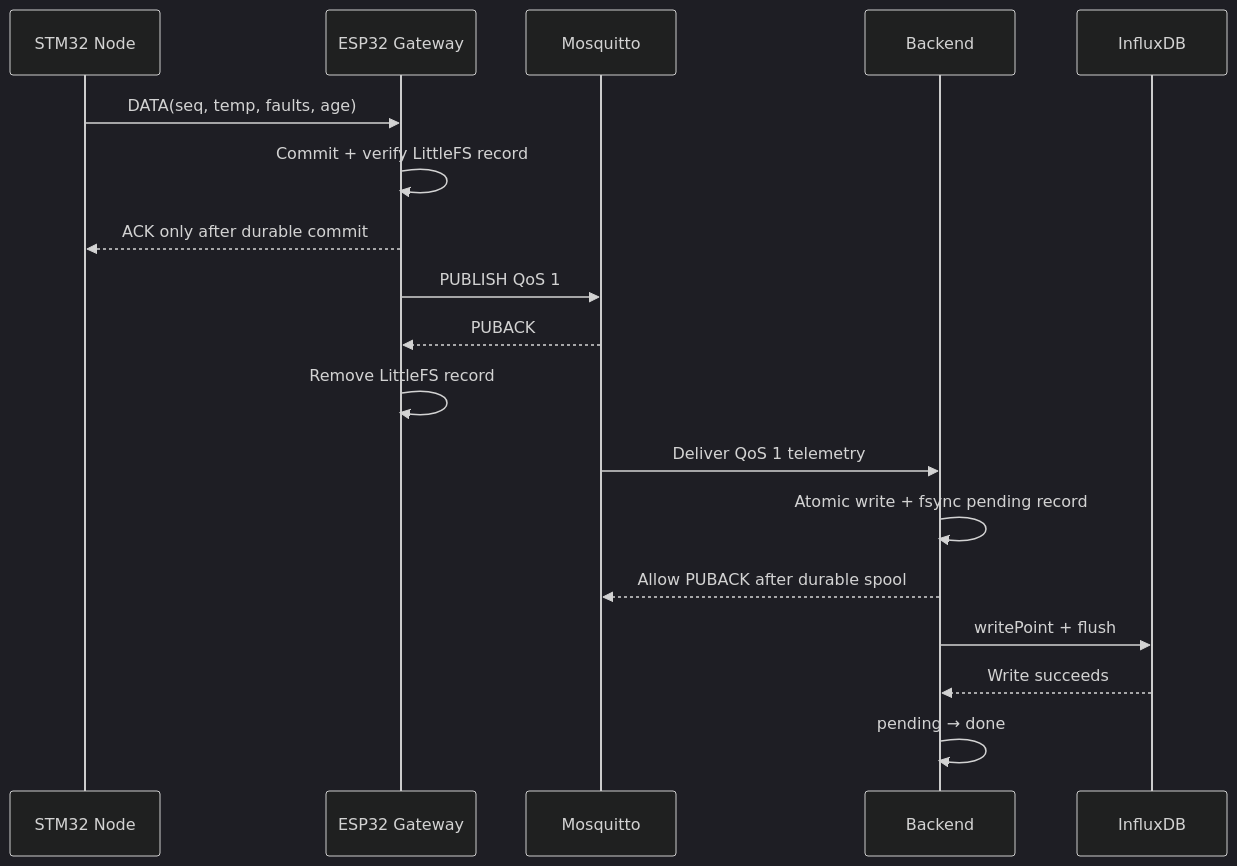
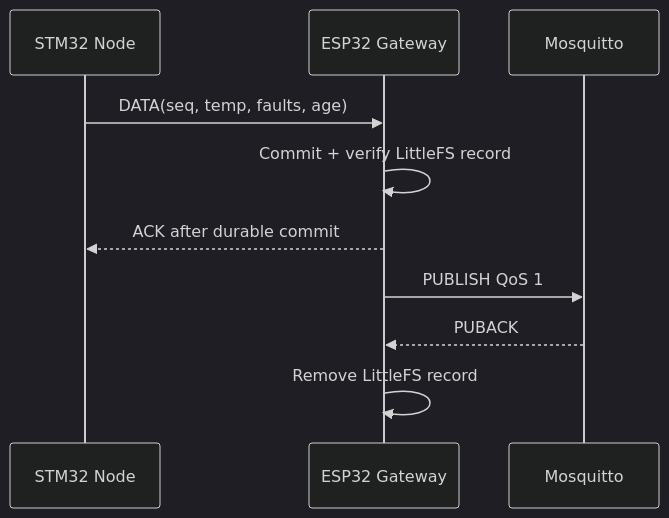
Before and after one commit to haikevins/iot-system: the fourth of 5 diagrams in README.md, drawn with Mermaid (dark theme). The commit also changed other lines of this file and 3 other files, not shown here.

````diff
--- a/README.md
+++ b/README.md
@@ -207,20 +213,12 @@
 ```mermaid
 sequenceDiagram
     participant N as STM32 Node
     participant G as ESP32 Gateway
     participant M as Mosquitto
-    participant B as Backend
-    participant I as InfluxDB
     N->>G: DATA(seq, temp, faults, age)
     G->>G: Commit + verify LittleFS record
-    G-->>N: ACK only after durable commit
+    G-->>N: ACK after durable commit
     G->>M: PUBLISH QoS 1
     M-->>G: PUBACK
     G->>G: Remove LittleFS record
-    M->>B: Deliver QoS 1 telemetry
-    B->>B: Atomic write + fsync pending record
-    B-->>M: Allow PUBACK after durable spool
-    B->>I: writePoint + flush
-    I-->>B: Write succeeds
-    B->>B: pending → done
 ```
````
